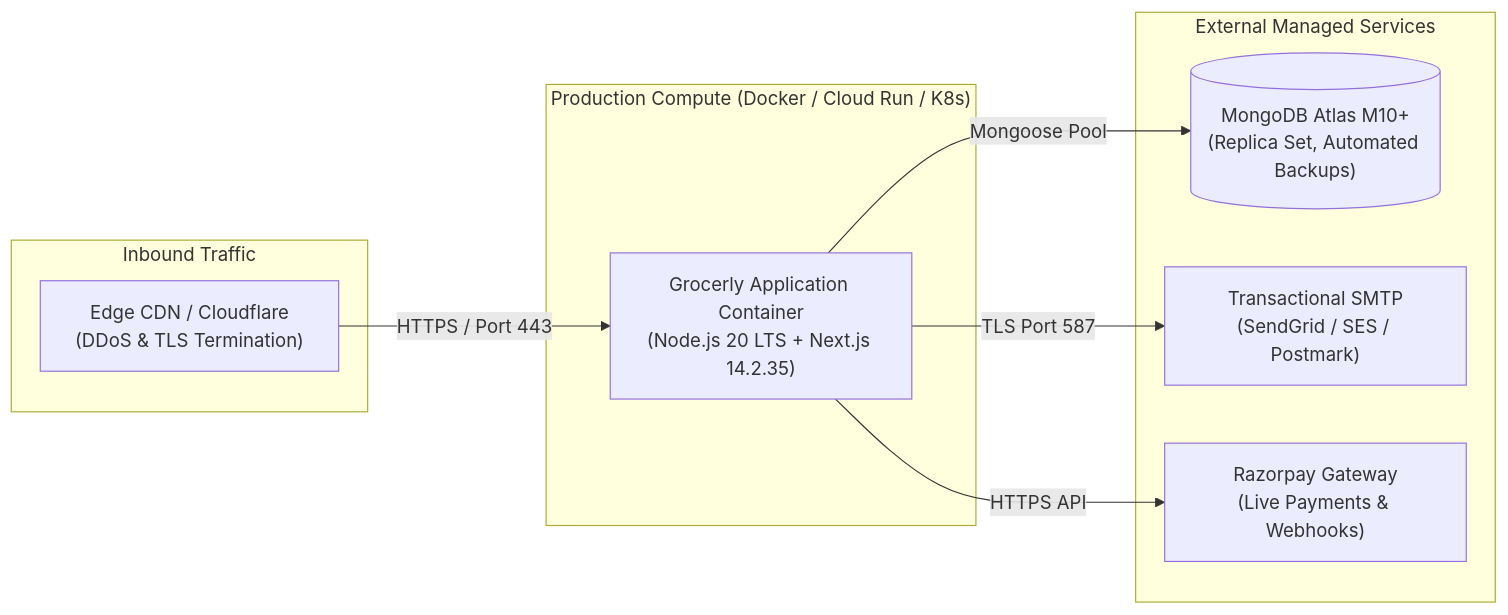
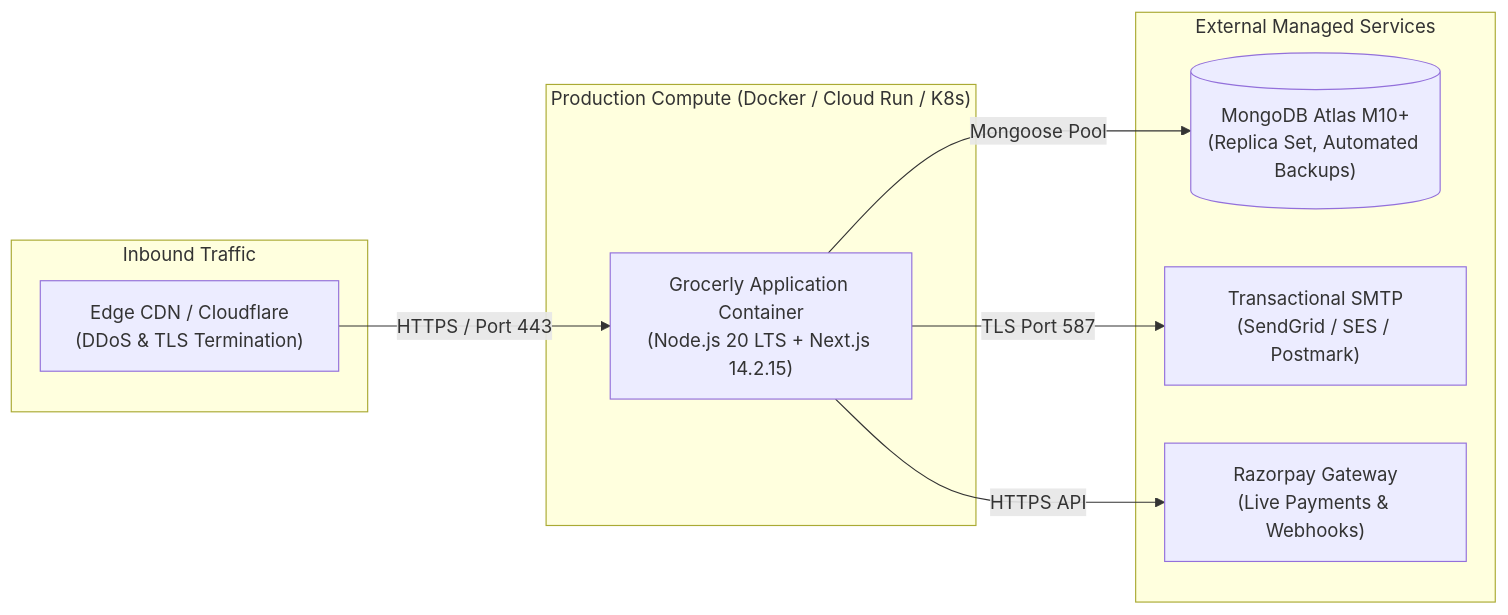
One commit to SANJAY2334/Grocerly changed the first of 2 diagrams in docs/deployment-and-cicd.md. Above: the diagram before and after it, drawn with Mermaid. The commit also changed other lines of this file and 19 other files, not shown here.

````diff
--- a/docs/deployment-and-cicd.md
+++ b/docs/deployment-and-cicd.md
@@ -14,21 +14,21 @@
 ```mermaid
 flowchart LR
     subgraph Traffic ["Inbound Traffic"]
         CDN["Edge CDN / Cloudflare\n(DDoS & TLS Termination)"]
     end
 
     subgraph AppCluster ["Production Compute (Docker / Cloud Run / K8s)"]
-        Container["Grocerly Application Container\n(Node.js 20 LTS + Next.js 14.2.35)"]
+        Container["Grocerly Application Container\n(Node.js 20 LTS + Next.js 14.2.15)"]
     end
 
     subgraph DataPlane ["External Managed Services"]
         MongoAtlas[("MongoDB Atlas M10+\n(Replica Set, Automated Backups)")]
         SMTPRelay["Transactional SMTP\n(SendGrid / SES / Postmark)"]
         RazorpayGateway["Razorpay Gateway\n(Live Payments & Webhooks)"]
     end
 
     CDN -->|HTTPS / Port 443| Container
     Container -->|Mongoose Pool| MongoAtlas
     Container -->|TLS Port 587| SMTPRelay
     Container -->|HTTPS API| RazorpayGateway
 ```
````
